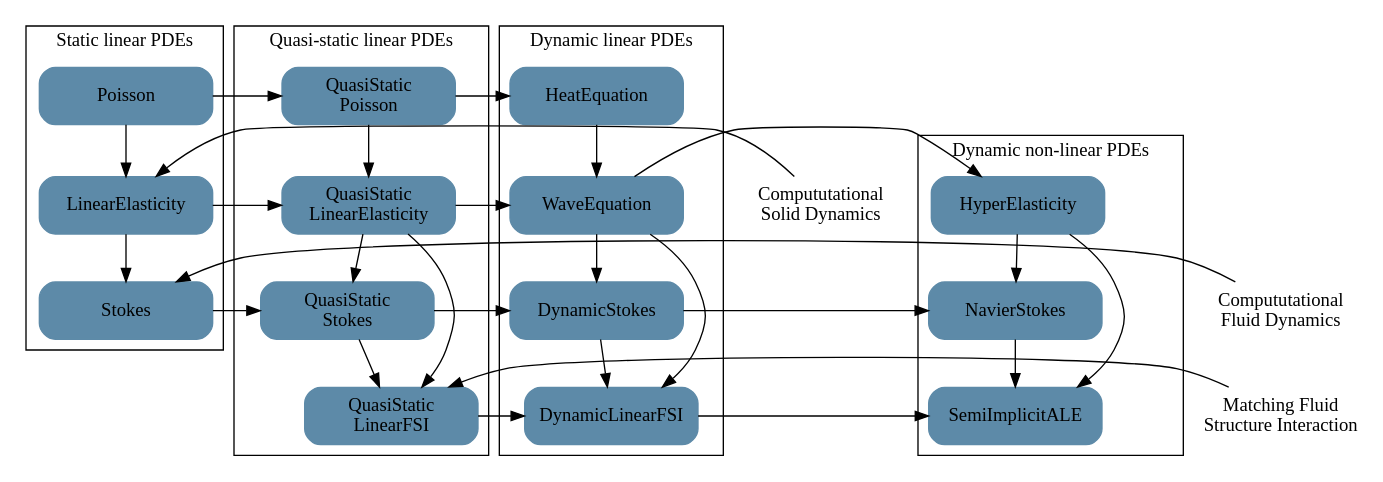
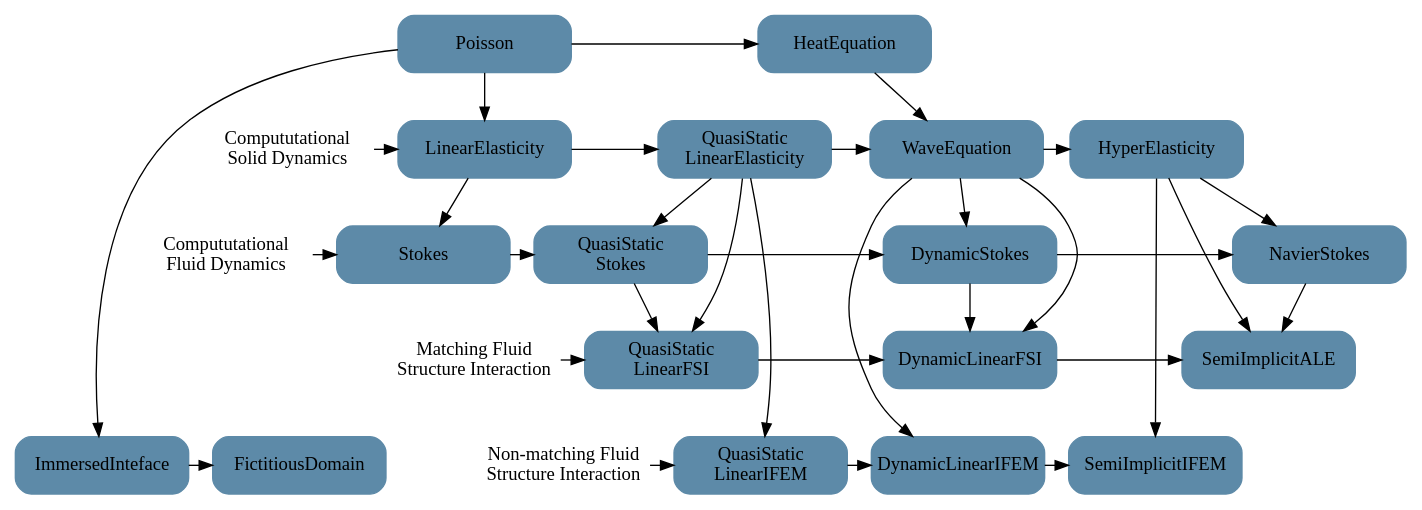
One commit to luca-heltai/fsi-suite changed the diagram in doc/dot_files/serial.dot. Above: the diagram before and after it, drawn with Graphviz. The commit also changed 2 other files, not shown here.

```diff
--- a/doc/dot_files/serial.dot
+++ b/doc/dot_files/serial.dot
@@ -1,88 +1,108 @@
 digraph G {
-    newrank=true;
+    // newrank=true;
 
     // edge [color="#FBEC5D", arrowsize=".8", penwidth="2"];
     node [color="#5D8AA8", fillcolor="#5D8AA8", shape=box,
         fixedsize=true, width="1.8", height=".6", style="filled,rounded"];
     
     {
         rank=min;
         Poisson; // First node.
-        QuasiStaticPoisson [label="QuasiStatic\nPoisson"];
+        QuasiStaticPoisson [label="QuasiStatic\nPoisson", style="invis"];
         HeatEquation;
     }
 
     // Labels on the left
     { 
         rank = same;
         csd [label="Compututational\nSolid Dynamics", shape="none", style=""];
         LinearElasticity;
         QuasiStaticLinearElasticity [label="QuasiStatic\nLinearElasticity"];
         WaveEquation;
         HyperElasticity;
     }
 
     {
         rank = same;
         cfd [label="Compututational\nFluid Dynamics", shape="none", style=""];
         Stokes;
         QuasiStaticStokes [label="QuasiStatic\nStokes"];
         DynamicStokes;
         NavierStokes;
     }
 
     {
         rank = same;
         fsi [label="Matching Fluid\nStructure Interaction", shape="none", style=""];
         QuasiStaticLinearFSI [label="QuasiStatic\nLinearFSI"];
         DynamicLinearFSI;
         SemiImplicitALE;
     }
 
+     {
+        rank = max;
+        nmfsi [label="Non-matching Fluid\nStructure Interaction", shape="none", style=""];
+        QuasiStaticLinearIFEM [label="QuasiStatic\nLinearIFEM"];
+        DynamicLinearIFEM;
+        SemiImplicitIFEM;
+        ImmersedInteface;
+        FictitiousDomain;
+    }
+
     subgraph legends {
         csd;
         cfd;
         fsi;
     }
 
     // Vertical grouping
     subgraph cluster_0 {
         label="Static linear PDEs";
         Poisson -> LinearElasticity -> Stokes;
     }
 
     subgraph cluster_1 {
         label="Quasi-static linear PDEs";
-        QuasiStaticPoisson -> QuasiStaticLinearElasticity ->
+        // QuasiStaticPoisson -> 
+        QuasiStaticLinearElasticity ->
         QuasiStaticStokes -> QuasiStaticLinearFSI;
+        QuasiStaticLinearFSI -> QuasiStaticLinearIFEM [style="invis"];
     }
 
     subgraph cluster_2 {
        label="Dynamic linear PDEs";
        HeatEquation -> WaveEquation -> 
        DynamicStokes -> DynamicLinearFSI;
+       DynamicLinearFSI -> DynamicLinearIFEM [style="invis"];
     }
 
     subgraph cluster_3 {
        label="Dynamic non-linear PDEs";
        HyperElasticity -> NavierStokes -> SemiImplicitALE;
+       SemiImplicitALE -> SemiImplicitIFEM [style="invis"];
     }
 
     // Horizontal grouping
-    Poisson -> QuasiStaticPoisson -> HeatEquation;
+    Poisson -> HeatEquation
+    // QuasiStaticPoisson -> HeatEquation;
 
     // Solids
     csd -> LinearElasticity -> QuasiStaticLinearElasticity ->  WaveEquation -> HyperElasticity;
 
     // Fluids
     cfd -> Stokes -> QuasiStaticStokes -> DynamicStokes -> NavierStokes;
 
     // FSI
-    QuasiStaticLinearElasticity -> QuasiStaticLinearFSI;
+    fsi -> QuasiStaticLinearFSI  -> DynamicLinearFSI -> SemiImplicitALE;
+    nmfsi -> QuasiStaticLinearIFEM  -> DynamicLinearIFEM -> SemiImplicitIFEM;
 
-    WaveEquation -> DynamicLinearFSI;
+    QuasiStaticLinearElasticity -> {QuasiStaticLinearFSI, QuasiStaticLinearIFEM};
 
-    HyperElasticity -> SemiImplicitALE;
+    WaveEquation -> {DynamicLinearFSI, DynamicLinearIFEM};
 
-    fsi -> QuasiStaticLinearFSI  -> DynamicLinearFSI -> SemiImplicitALE;
+    HyperElasticity -> {SemiImplicitALE, SemiImplicitIFEM};
+
+    Poisson -> ImmersedInteface  -> FictitiousDomain;
+    // {NavierStokes, LinearElasticity} -> FictitiousDomain;
+    // Poisson -> FictitiousDomain;
 }
```
